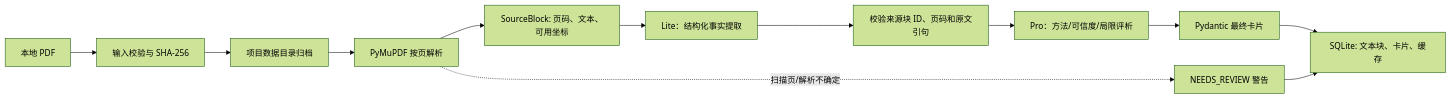
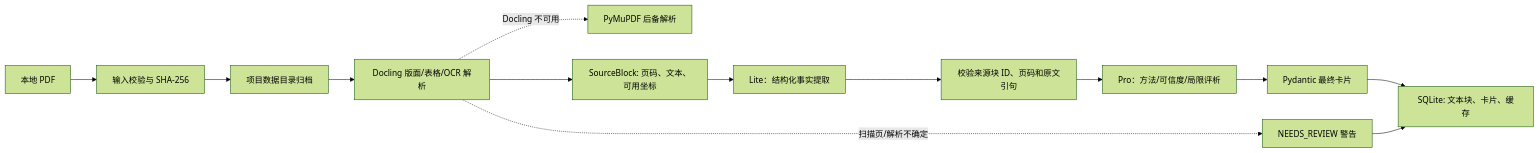
The first of 2 diagrams in README.md (daseinzc-509/social-science-research-ide), drawn with Mermaid (forest theme) before and after one commit. The commit also changed other lines of this file and 13 other files, not shown here.

````diff
--- a/README.md
+++ b/README.md
@@ -52,14 +57,15 @@
 ```mermaid
 flowchart LR
     A[本地 PDF] --> B[输入校验与 SHA-256]
     B --> C[项目数据目录归档]
-    C --> D[PyMuPDF 按页解析]
+    C --> D[Docling 版面/表格/OCR 解析]
+    D -. Docling 不可用 .-> D2[PyMuPDF 后备解析]
     D --> E[SourceBlock: 页码、文本、可用坐标]
     E --> F[Lite：结构化事实提取]
     F --> G[校验来源块 ID、页码和原文引句]
     G --> H[Pro：方法/可信度/局限评析]
     H --> I[Pydantic 最终卡片]
     I --> J[SQLite: 文本块、卡片、缓存]
     D -. 扫描页/解析不确定 .-> K[NEEDS_REVIEW 警告]
     K --> J
 ```
````
